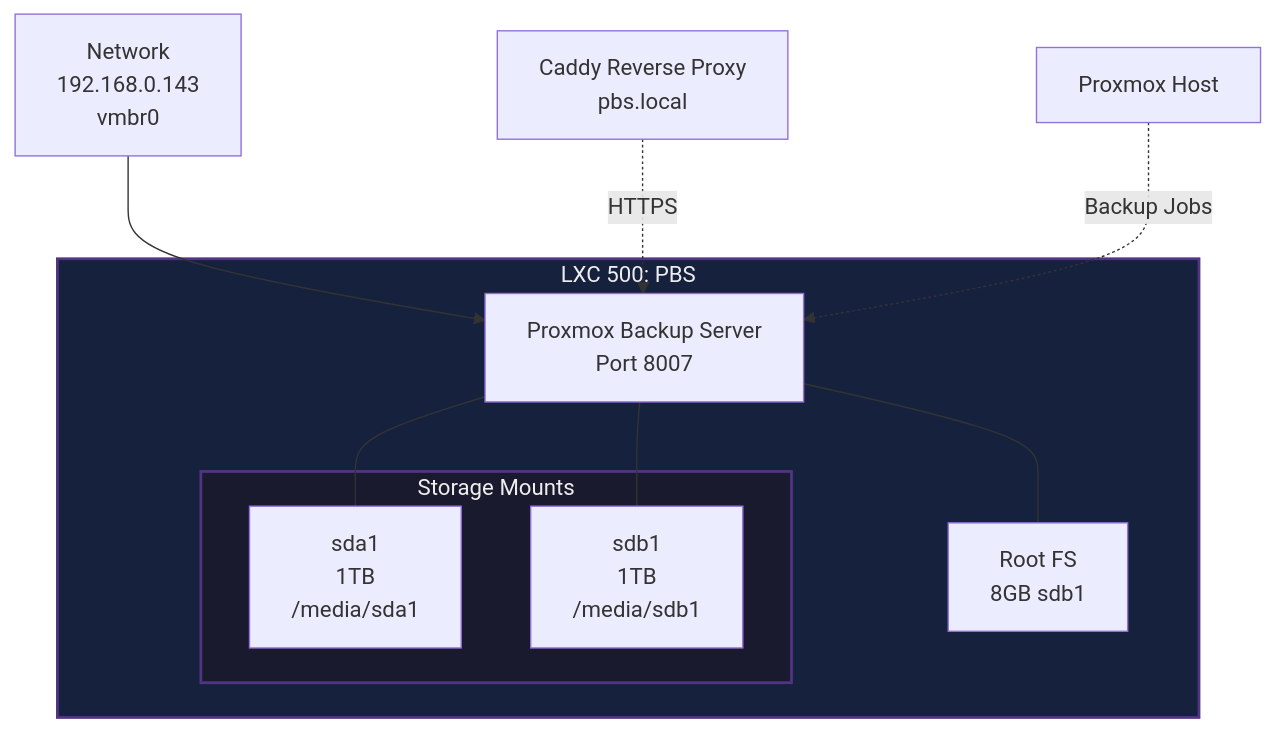
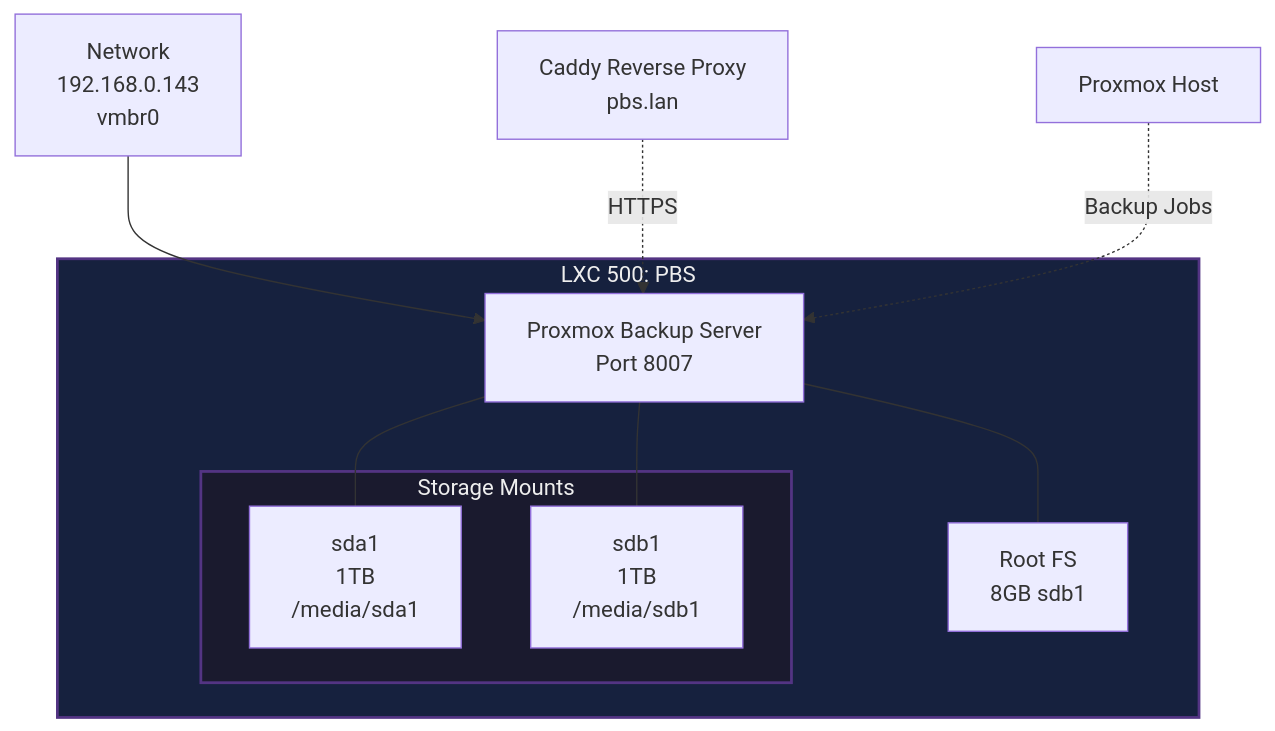
Before and after one commit to alexjbarnes/HomeLab: the diagram in LXCs/Proxmox Backup Server/specs.md, drawn with Mermaid. The commit also changed other lines of this file and 5 other files, not shown here.

Commit message:
Rename .local domains to .lan to fix macOS mDNS conflicts

````diff
--- a/LXCs/Proxmox Backup Server/specs.md
+++ b/LXCs/Proxmox Backup Server/specs.md
@@ -3,26 +3,26 @@
 ```mermaid
 graph TB
     Network[Network<br/>192.168.0.143<br/>vmbr0]
     
     subgraph LXC500["LXC 500: PBS"]
         PBS[Proxmox Backup Server<br/>Port 8007]
         Root[Root FS<br/>8GB sdb1]
         
         subgraph Storage["Storage Mounts"]
             SDA1[sda1<br/>1TB<br/>/media/sda1]
             SDB1[sdb1<br/>1TB<br/>/media/sdb1]
         end
         
         PBS --- Root
         PBS --- SDA1
         PBS --- SDB1
     end
     
     Network --> PBS
     
-    Caddy[Caddy Reverse Proxy<br/>pbs.local] -.HTTPS.-> PBS
+    Caddy[Caddy Reverse Proxy<br/>pbs.lan] -.HTTPS.-> PBS
     Proxmox[Proxmox Host] -.Backup Jobs.-> PBS
     
     style LXC500 fill:#16213e,stroke:#533483,stroke-width:2px,color:#eee
     style Storage fill:#1a1a2e,stroke:#533483,stroke-width:2px,color:#eee
 ```
````
